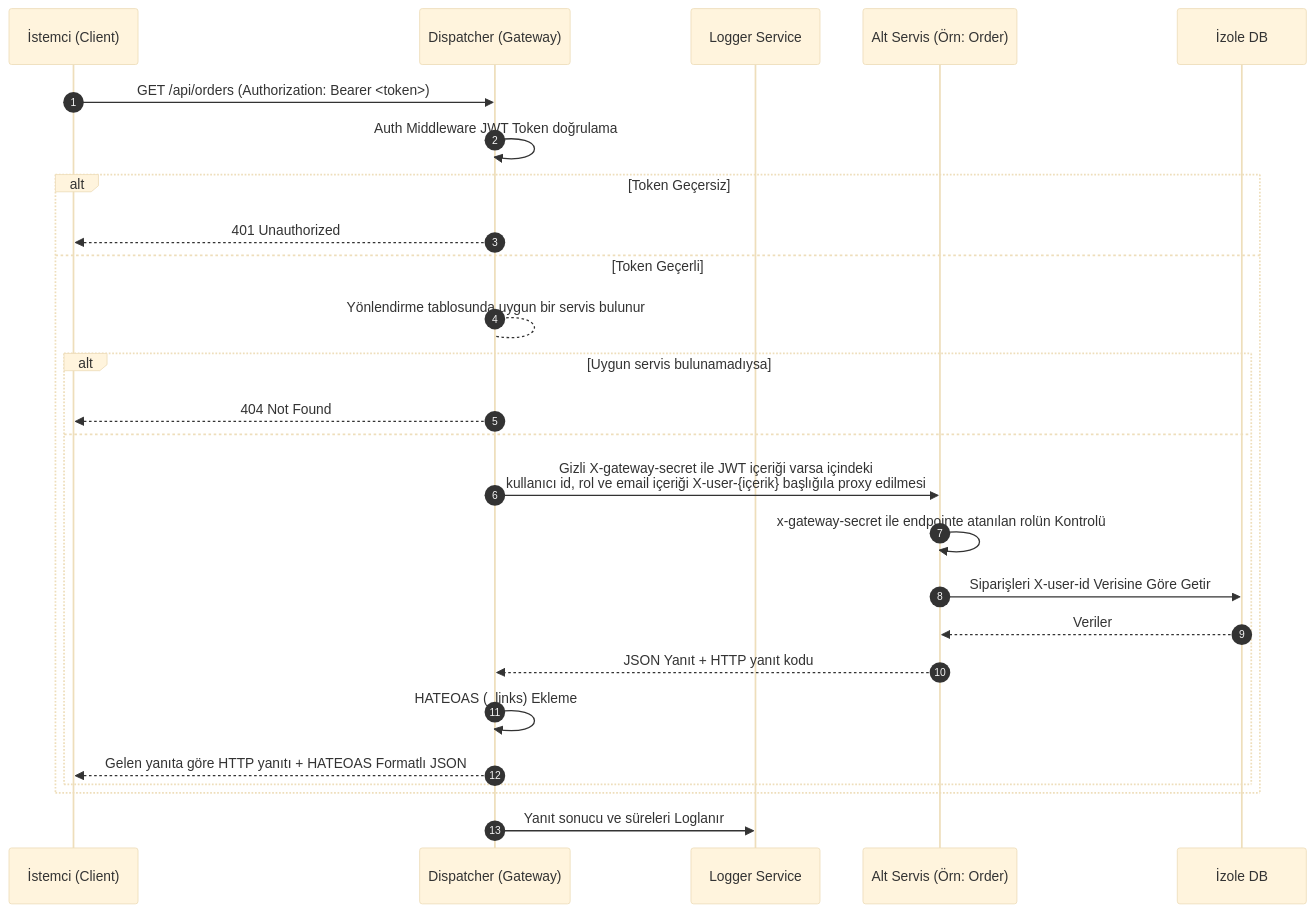
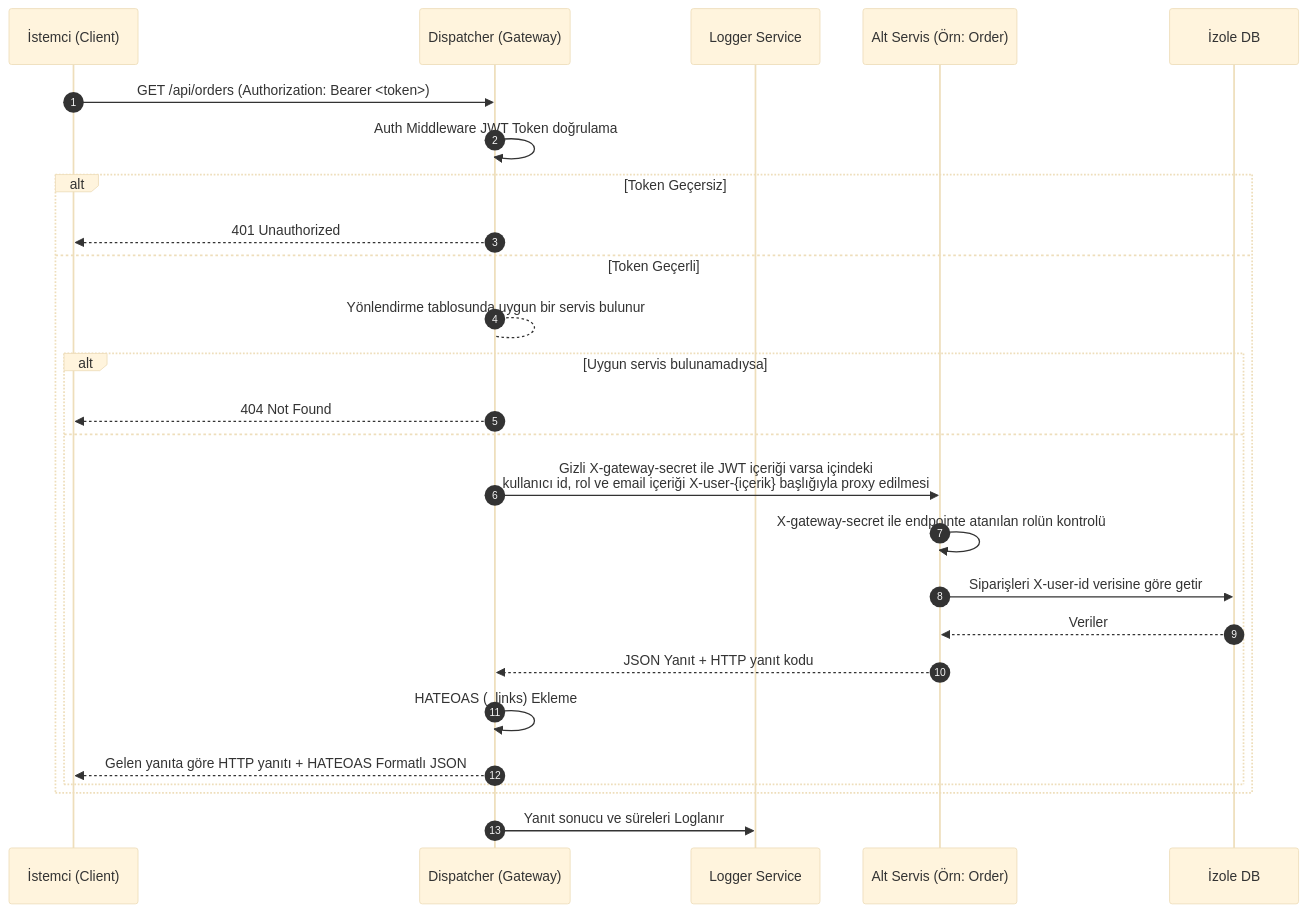
One commit to KingOfPlayer/e-ticaret changed the second of 5 diagrams in README.md. Above: the diagram before and after it, drawn with Mermaid (base theme). The commit also changed other lines of this file, not shown here.

````diff
--- a/README.md
+++ b/README.md
@@ -177,29 +177,29 @@
 ```mermaid
 sequenceDiagram
     autonumber
     participant C as İstemci (Client)
     participant G as Dispatcher (Gateway)
     participant L as Logger Service
     participant S as Alt Servis (Örn: Order)
     participant DB as İzole DB
 
     C->>G: GET /api/orders (Authorization: Bearer <token>)
     G->>G: Auth Middleware JWT Token doğrulama
     alt Token Geçersiz
         G-->>C: 401 Unauthorized
     else Token Geçerli
         G-->G: Yönlendirme tablosunda uygun bir servis bulunur
         alt Uygun servis bulunamadıysa
             G-->>C: 404 Not Found
         else
-            G->>S: Gizli X-gateway-secret ile JWT içeriği varsa içindeki <br> kullanıcı id, rol ve email içeriği X-user-{içerik} başlığıla proxy edilmesi
-            S->>S: x-gateway-secret ile endpointe atanılan rolün Kontrolü
-            S->>DB: Siparişleri X-user-id Verisine Göre Getir
+            G->>S: Gizli X-gateway-secret ile JWT içeriği varsa içindeki <br> kullanıcı id, rol ve email içeriği X-user-{içerik} başlığıyla proxy edilmesi
+            S->>S: X-gateway-secret ile endpointe atanılan rolün kontrolü
+            S->>DB: Siparişleri X-user-id verisine göre getir
             DB-->>S: Veriler
             S-->>G: JSON Yanıt + HTTP yanıt kodu
             G->>G: HATEOAS (_links) Ekleme
             G-->>C: Gelen yanıta göre HTTP yanıtı + HATEOAS Formatlı JSON
         end
     end
-     G->>L: Yanıt sonucu ve süreleri Loglanır
+    G->>L: Yanıt sonucu ve süreleri Loglanır
 ```
````
